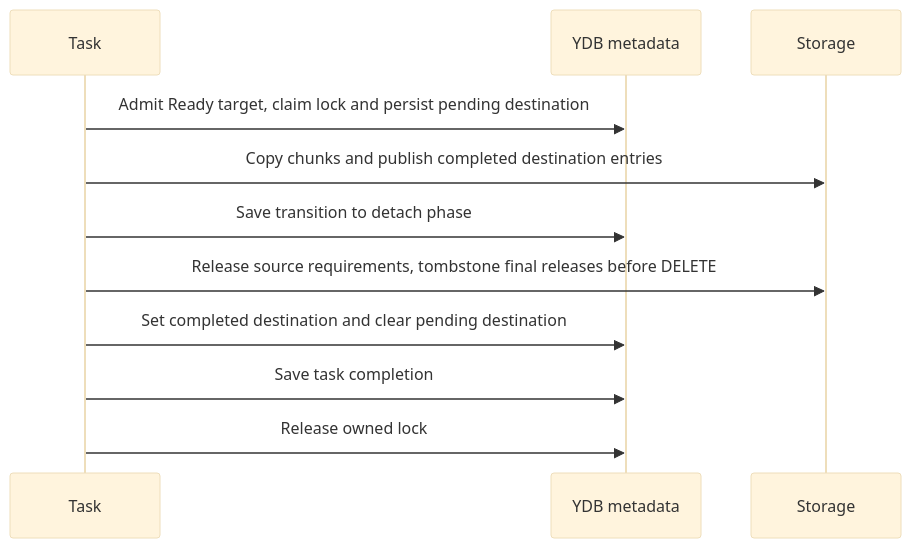
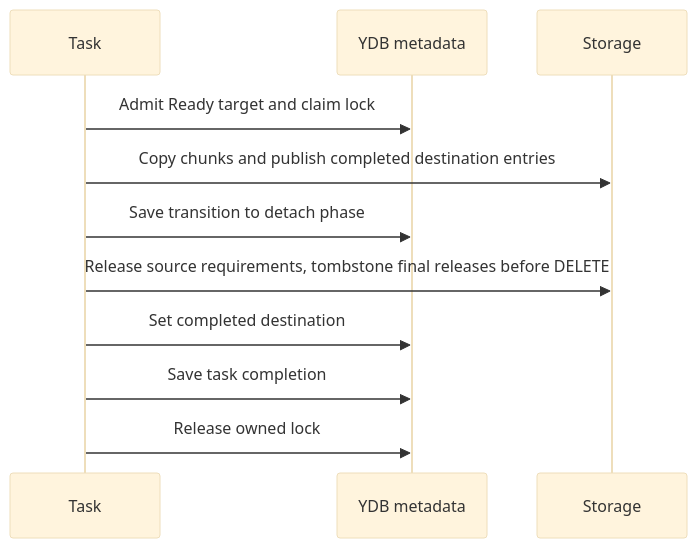
The eighth of 10 diagrams in doc/disk_manager/chunk_storage/design_doc.md (ydb-platform/nbs), drawn with Mermaid (base theme) before and after one commit. The commit also changed other lines of this file, not shown here.

````diff
--- a/doc/disk_manager/chunk_storage/design_doc.md
+++ b/doc/disk_manager/chunk_storage/design_doc.md
@@ -323,13 +325,13 @@
 ```mermaid
 sequenceDiagram
     participant Task
     participant DB as YDB metadata
     participant Storage
-    Task->>DB: Admit Ready target, claim lock and persist pending destination
+    Task->>DB: Admit Ready target and claim lock
     Task->>Storage: Copy chunks and publish completed destination entries
     Task->>DB: Save transition to detach phase
     Task->>Storage: Release source requirements, tombstone final releases before DELETE
-    Task->>DB: Set completed destination and clear pending destination
+    Task->>DB: Set completed destination
     Task->>DB: Save task completion
     Task->>DB: Release owned lock
 ```
````
